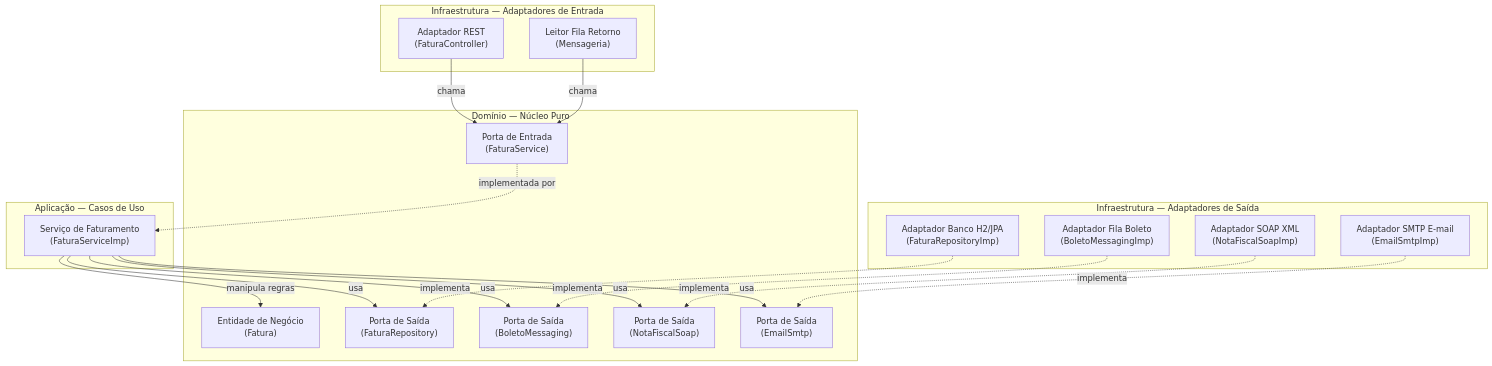
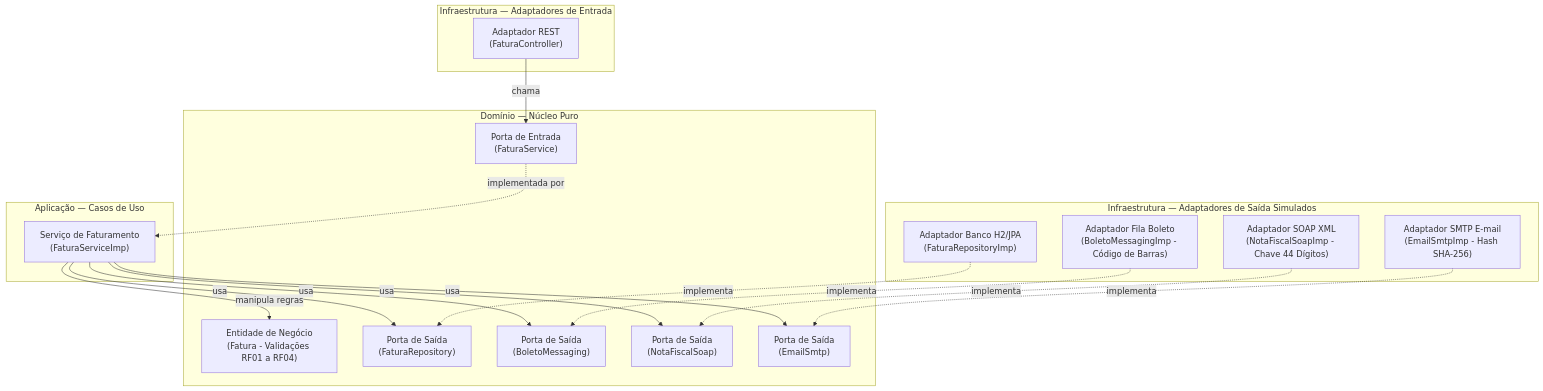
Before and after one commit to HigorHBO/Disciplina_ArquiteturaSoftware: the first of 2 diagrams in Aula-07/README.md, drawn with Mermaid. The commit also changed other lines of this file and 55 other files, not shown here.

````diff
--- a/Aula-07/README.md
+++ b/Aula-07/README.md
@@ -48,41 +50,39 @@
 ```mermaid
 flowchart TD
     subgraph INFRA_IN ["Infraestrutura — Adaptadores de Entrada"]
         REST["Adaptador REST<br>(FaturaController)"]
-        FilaRetorno["Leitor Fila Retorno<br>(Mensageria)"]
     end
 
     subgraph APP ["Aplicação — Casos de Uso"]
         ServiceApp["Serviço de Faturamento<br>(FaturaServiceImp)"]
     end
 
     subgraph DOMAIN ["Domínio — Núcleo Puro"]
-        Entidade["Entidade de Negócio<br>(Fatura)"]
+        Entidade["Entidade de Negócio<br>(Fatura - Validações RF01 a RF04)"]
         PortaIn["Porta de Entrada<br>(FaturaService)"]
         PortaOut1["Porta de Saída<br>(FaturaRepository)"]
         PortaOut2["Porta de Saída<br>(BoletoMessaging)"]
         PortaOut3["Porta de Saída<br>(NotaFiscalSoap)"]
         PortaOut4["Porta de Saída<br>(EmailSmtp)"]
     end
 
-    subgraph INFRA_OUT ["Infraestrutura — Adaptadores de Saída"]
+    subgraph INFRA_OUT ["Infraestrutura — Adaptadores de Saída Simulados"]
         RepoJPA["Adaptador Banco H2/JPA<br>(FaturaRepositoryImp)"]
-        MsgBoleto["Adaptador Fila Boleto<br>(BoletoMessagingImp)"]
-        SoapNF["Adaptador SOAP XML<br>(NotaFiscalSoapImp)"]
-        SmtpMail["Adaptador SMTP E-mail<br>(EmailSmtpImp)"]
+        MsgBoleto["Adaptador Fila Boleto<br>(BoletoMessagingImp - Código de Barras)"]
+        SoapNF["Adaptador SOAP XML<br>(NotaFiscalSoapImp - Chave 44 Dígitos)"]
+        SmtpMail["Adaptador SMTP E-mail<br>(EmailSmtpImp - Hash SHA-256)"]
     end
 
     REST -->|chama| PortaIn
-    FilaRetorno -->|chama| PortaIn
     PortaIn -.->|implementada por| ServiceApp
     ServiceApp -->|manipula regras| Entidade
     ServiceApp -->|usa| PortaOut1
     ServiceApp -->|usa| PortaOut2
     ServiceApp -->|usa| PortaOut3
     ServiceApp -->|usa| PortaOut4
 
     RepoJPA -.->|implementa| PortaOut1
     MsgBoleto -.->|implementa| PortaOut2
     SoapNF -.->|implementa| PortaOut3
     SmtpMail -.->|implementa| PortaOut4
 ```
````
